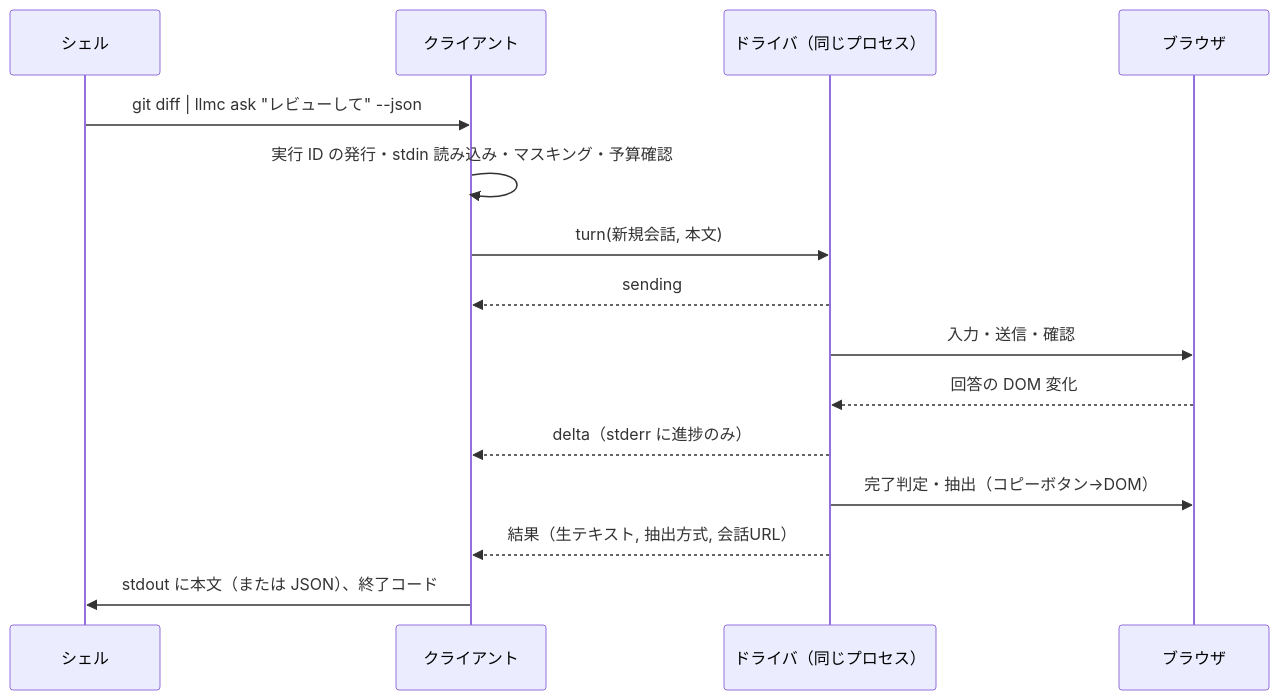
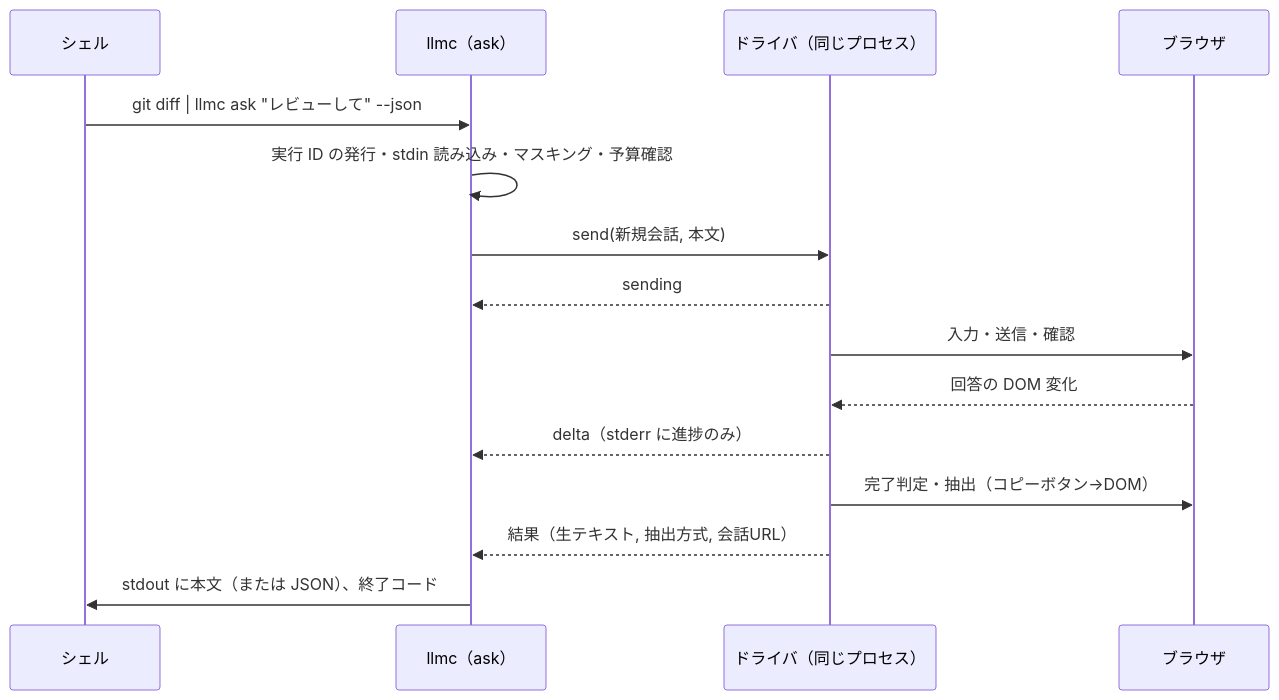
The second of 3 diagrams in docs/architecture.md (ip-sandbox/llmc), drawn with Mermaid before and after one commit. The commit also changed other lines of this file and 10 other files, not shown here.

````diff
--- a/docs/architecture.md
+++ b/docs/architecture.md
@@ -94,17 +94,17 @@
 ```mermaid
 sequenceDiagram
   participant U as シェル
-  participant C as クライアント
+  participant C as llmc（ask）
   participant D as ドライバ（同じプロセス）
   participant B as ブラウザ
   U->>C: git diff | llmc ask "レビューして" --json
   C->>C: 実行 ID の発行・stdin 読み込み・マスキング・予算確認
-  C->>D: turn(新規会話, 本文)
+  C->>D: send(新規会話, 本文)
   D-->>C: sending
   D->>B: 入力・送信・確認
   B-->>D: 回答の DOM 変化
   D-->>C: delta（stderr に進捗のみ）
   D->>B: 完了判定・抽出（コピーボタン→DOM）
   D-->>C: 結果（生テキスト, 抽出方式, 会話URL）
   C->>U: stdout に本文（または JSON）、終了コード
 ```
````
